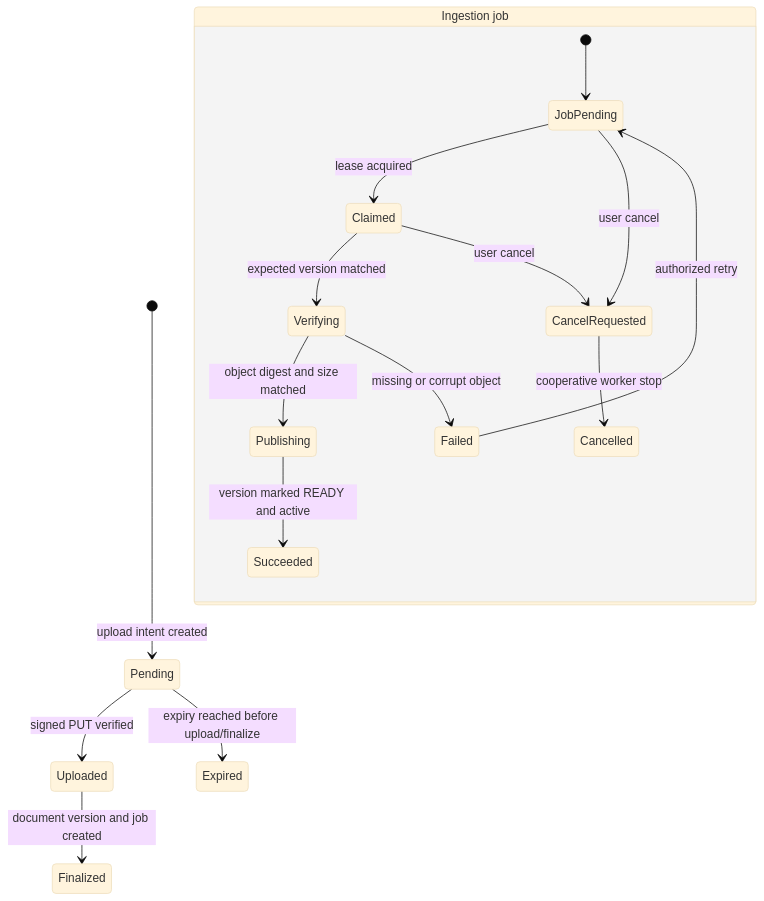
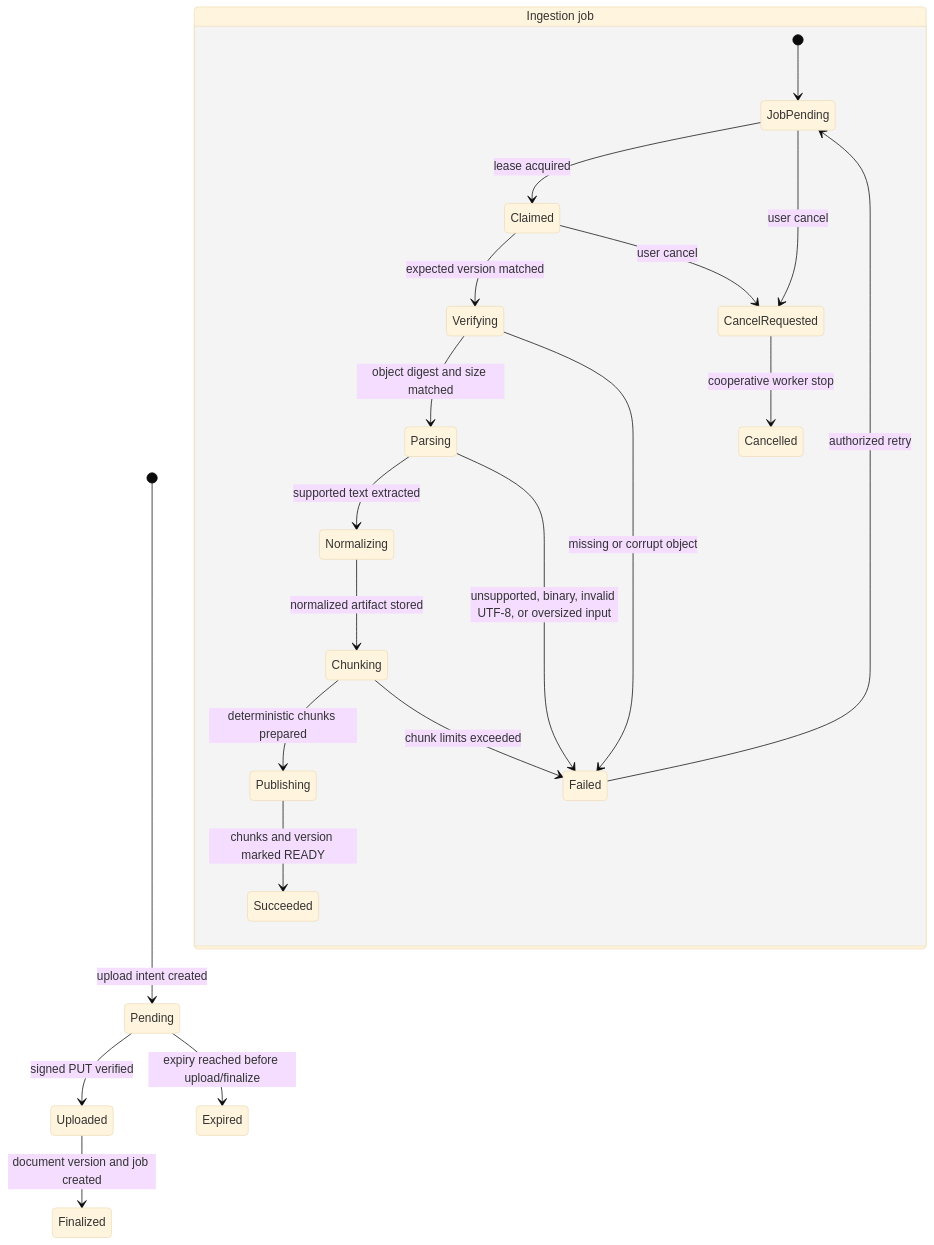
The sixth of 13 diagrams in docs/system-design-visuals.md (codevoks/atlas-ai), drawn with Mermaid (base theme) before and after one commit. The commit also changed other lines of this file and 29 other files, not shown here.

Commit message:
Implement Phase 3 parsing and chunking

````diff
--- a/docs/system-design-visuals.md
+++ b/docs/system-design-visuals.md
@@ -160,20 +160,25 @@
 ```mermaid
 stateDiagram-v2
     [*] --> Pending: upload intent created
     Pending --> Uploaded: signed PUT verified
     Uploaded --> Finalized: document version and job created
     Pending --> Expired: expiry reached before upload/finalize
 
     state "Ingestion job" as Job {
         [*] --> JobPending
         JobPending --> Claimed: lease acquired
         Claimed --> Verifying: expected version matched
-        Verifying --> Publishing: object digest and size matched
-        Publishing --> Succeeded: version marked READY and active
+        Verifying --> Parsing: object digest and size matched
+        Parsing --> Normalizing: supported text extracted
+        Normalizing --> Chunking: normalized artifact stored
+        Chunking --> Publishing: deterministic chunks prepared
+        Publishing --> Succeeded: chunks and version marked READY
         Verifying --> Failed: missing or corrupt object
+        Parsing --> Failed: unsupported, binary, invalid UTF-8, or oversized input
+        Chunking --> Failed: chunk limits exceeded
         JobPending --> CancelRequested: user cancel
         Claimed --> CancelRequested: user cancel
         CancelRequested --> Cancelled: cooperative worker stop
         Failed --> JobPending: authorized retry
     }
 ```
````
